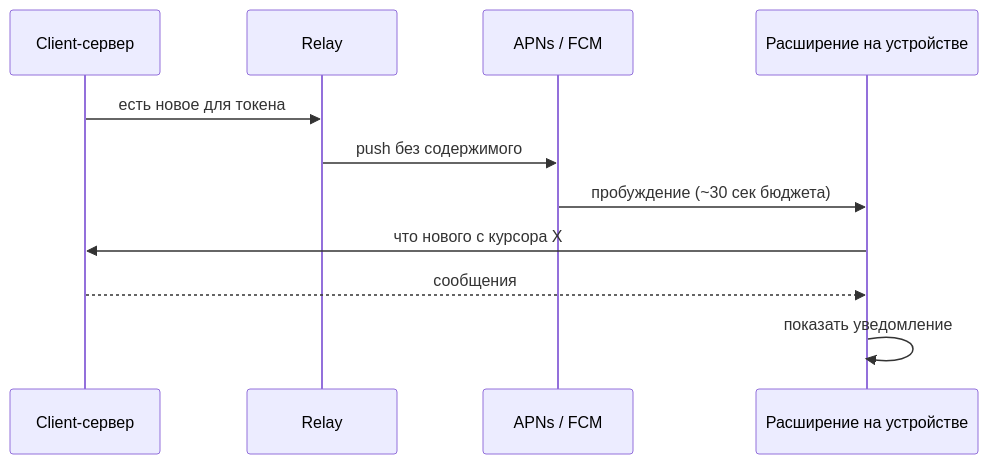
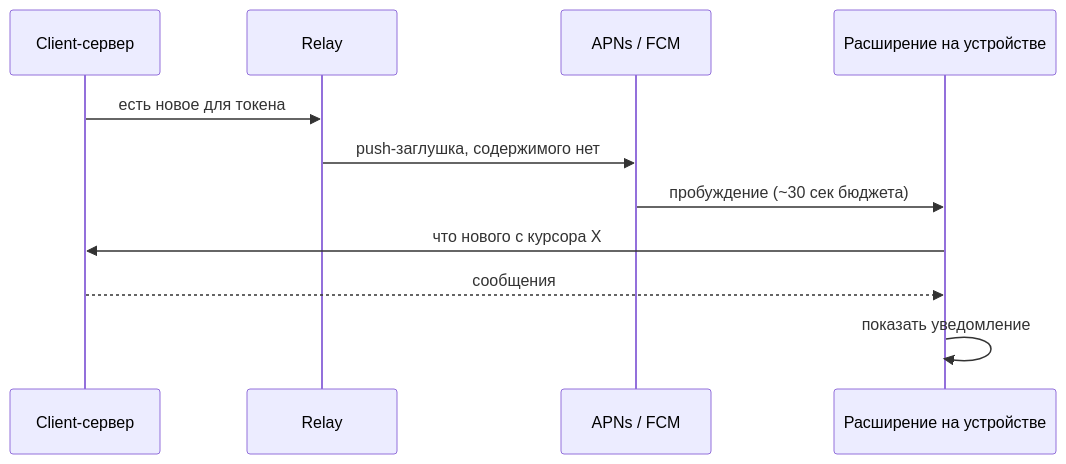
The second of 2 diagrams in docs/client-backend/preview/notification-delivery/notification-delivery-preview.md (cyphernet-labs/nox-app), drawn with Mermaid before and after one commit. The commit also changed other lines of this file and 5 other files, not shown here.

````diff
--- a/docs/client-backend/preview/notification-delivery/notification-delivery-preview.md
+++ b/docs/client-backend/preview/notification-delivery/notification-delivery-preview.md
@@ -46,13 +46,13 @@
 ```mermaid
 sequenceDiagram
   participant CB as Client-сервер
   participant R as Relay
   participant P as APNs / FCM
   participant N as Расширение на устройстве
   CB->>R: есть новое для токена
-  R->>P: push без содержимого
+  R->>P: push-заглушка, содержимого нет
   P->>N: пробуждение (~30 сек бюджета)
   N->>CB: что нового с курсора X
   CB-->>N: сообщения
   N->>N: показать уведомление
 ```
````
